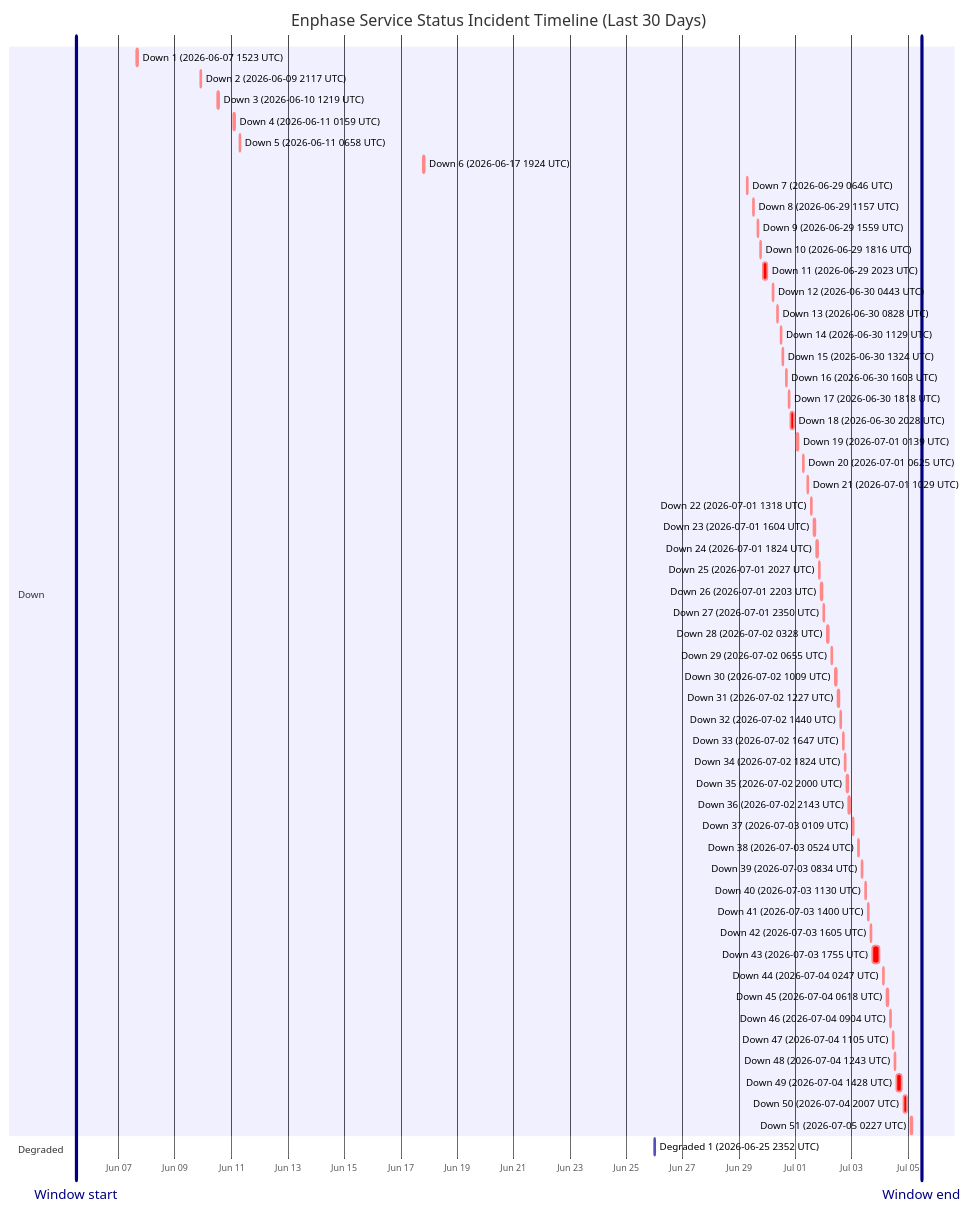
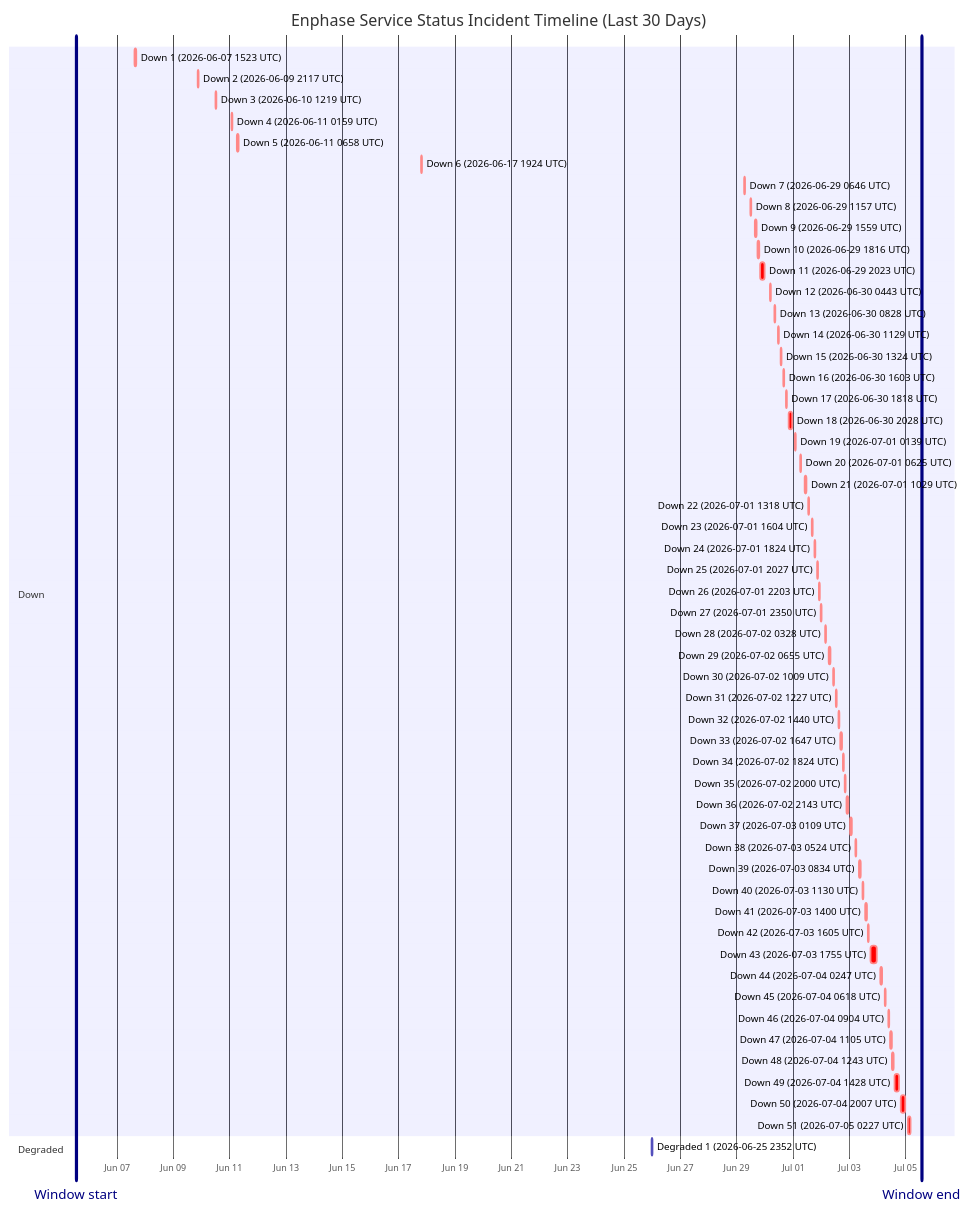
The diagram in wiki/Service-Status-History.md (barneyonline/ha-enphase-energy), drawn with Mermaid before and after one commit. The commit also changed other lines of this file and 3 other files, not shown here.

````diff
--- a/wiki/Service-Status-History.md
+++ b/wiki/Service-Status-History.md
@@ -14,62 +14,62 @@
 ```mermaid
 gantt
     title Enphase Service Status Incident Timeline (Last 30 Days)
     dateFormat  YYYY-MM-DDTHH:mm:ss
     axisFormat  %b %d
-    Window start :vert, window-start, 2026-06-05T11:30:55, 0ms
-    Window end :vert, window-end, 2026-07-05T11:30:55, 0ms
+    Window start :vert, window-start, 2026-06-05T13:28:06, 0ms
+    Window end :vert, window-end, 2026-07-05T13:28:06, 0ms
     section Down
     Down 1 (2026-06-07 1523 UTC) :crit, down-1, 2026-06-07T15:23:22, 87m
     Down 2 (2026-06-09 2117 UTC) :crit, down-2, 2026-06-09T21:17:17, 60m
     Down 3 (2026-06-10 1219 UTC) :crit, down-3, 2026-06-10T12:19:21, 60m
     Down 4 (2026-06-11 0159 UTC) :crit, down-4, 2026-06-11T01:59:36, 60m
     Down 5 (2026-06-11 0658 UTC) :crit, down-5, 2026-06-11T06:58:45, 60m
     Down 6 (2026-06-17 1924 UTC) :crit, down-6, 2026-06-17T19:24:51, 60m
     Down 7 (2026-06-29 0646 UTC) :crit, down-7, 2026-06-29T06:46:18, 60m
     Down 8 (2026-06-29 1157 UTC) :crit, down-8, 2026-06-29T11:57:36, 60m
     Down 9 (2026-06-29 1559 UTC) :crit, down-9, 2026-06-29T15:59:02, 60m
     Down 10 (2026-06-29 1816 UTC) :crit, down-10, 2026-06-29T18:16:38, 60m
     Down 11 (2026-06-29 2023 UTC) :crit, down-11, 2026-06-29T20:23:16, 220m
     Down 12 (2026-06-30 0443 UTC) :crit, down-12, 2026-06-30T04:43:54, 60m
     Down 13 (2026-06-30 0828 UTC) :crit, down-13, 2026-06-30T08:28:43, 60m
     Down 14 (2026-06-30 1129 UTC) :crit, down-14, 2026-06-30T11:29:15, 60m
     Down 15 (2026-06-30 1324 UTC) :crit, down-15, 2026-06-30T13:24:25, 60m
     Down 16 (2026-06-30 1603 UTC) :crit, down-16, 2026-06-30T16:03:26, 60m
     Down 17 (2026-06-30 1818 UTC) :crit, down-17, 2026-06-30T18:18:39, 60m
     Down 18 (2026-06-30 2028 UTC) :crit, down-18, 2026-06-30T20:28:54, 171m
     Down 19 (2026-07-01 0139 UTC) :crit, down-19, 2026-07-01T01:39:18, 60m
     Down 20 (2026-07-01 0625 UTC) :crit, down-20, 2026-07-01T06:25:35, 60m
     Down 21 (2026-07-01 1029 UTC) :crit, down-21, 2026-07-01T10:29:24, 60m
     Down 22 (2026-07-01 1318 UTC) :crit, down-22, 2026-07-01T13:18:31, 60m
     Down 23 (2026-07-01 1604 UTC) :crit, down-23, 2026-07-01T16:04:29, 60m
     Down 24 (2026-07-01 1824 UTC) :crit, down-24, 2026-07-01T18:24:21, 60m
     Down 25 (2026-07-01 2027 UTC) :crit, down-25, 2026-07-01T20:27:17, 60m
     Down 26 (2026-07-01 2203 UTC) :crit, down-26, 2026-07-01T22:03:46, 60m
     Down 27 (2026-07-01 2350 UTC) :crit, down-27, 2026-07-01T23:50:52, 60m
     Down 28 (2026-07-02 0328 UTC) :crit, down-28, 2026-07-02T03:28:33, 60m
     Down 29 (2026-07-02 0655 UTC) :crit, down-29, 2026-07-02T06:55:07, 60m
     Down 30 (2026-07-02 1009 UTC) :crit, down-30, 2026-07-02T10:09:15, 60m
     Down 31 (2026-07-02 1227 UTC) :crit, down-31, 2026-07-02T12:27:49, 60m
     Down 32 (2026-07-02 1440 UTC) :crit, down-32, 2026-07-02T14:40:53, 60m
     Down 33 (2026-07-02 1647 UTC) :crit, down-33, 2026-07-02T16:47:47, 60m
     Down 34 (2026-07-02 1824 UTC) :crit, down-34, 2026-07-02T18:24:26, 60m
     Down 35 (2026-07-02 2000 UTC) :crit, down-35, 2026-07-02T20:00:57, 60m
     Down 36 (2026-07-02 2143 UTC) :crit, down-36, 2026-07-02T21:43:52, 80m
     Down 37 (2026-07-03 0109 UTC) :crit, down-37, 2026-07-03T01:09:19, 60m
     Down 38 (2026-07-03 0524 UTC) :crit, down-38, 2026-07-03T05:24:23, 60m
     Down 39 (2026-07-03 0834 UTC) :crit, down-39, 2026-07-03T08:34:05, 60m
     Down 40 (2026-07-03 1130 UTC) :crit, down-40, 2026-07-03T11:30:41, 60m
     Down 41 (2026-07-03 1400 UTC) :crit, down-41, 2026-07-03T14:00:48, 60m
     Down 42 (2026-07-03 1605 UTC) :crit, down-42, 2026-07-03T16:05:49, 60m
     Down 43 (2026-07-03 1755 UTC) :crit, down-43, 2026-07-03T17:55:54, 338m
     Down 44 (2026-07-04 0247 UTC) :crit, down-44, 2026-07-04T02:47:22, 60m
     Down 45 (2026-07-04 0618 UTC) :crit, down-45, 2026-07-04T06:18:09, 60m
     Down 46 (2026-07-04 0904 UTC) :crit, down-46, 2026-07-04T09:04:41, 60m
     Down 47 (2026-07-04 1105 UTC) :crit, down-47, 2026-07-04T11:05:21, 60m
     Down 48 (2026-07-04 1243 UTC) :crit, down-48, 2026-07-04T12:43:25, 60m
     Down 49 (2026-07-04 1428 UTC) :crit, down-49, 2026-07-04T14:28:07, 243m
     Down 50 (2026-07-04 2007 UTC) :crit, down-50, 2026-07-04T20:07:50, 206m
     Down 51 (2026-07-05 0227 UTC) :crit, down-51, 2026-07-05T02:27:32, 109m
     section Degraded
     Degraded 1 (2026-06-25 2352 UTC) :active, degraded-1, 2026-06-25T23:52:01, 60m
 ```
````
